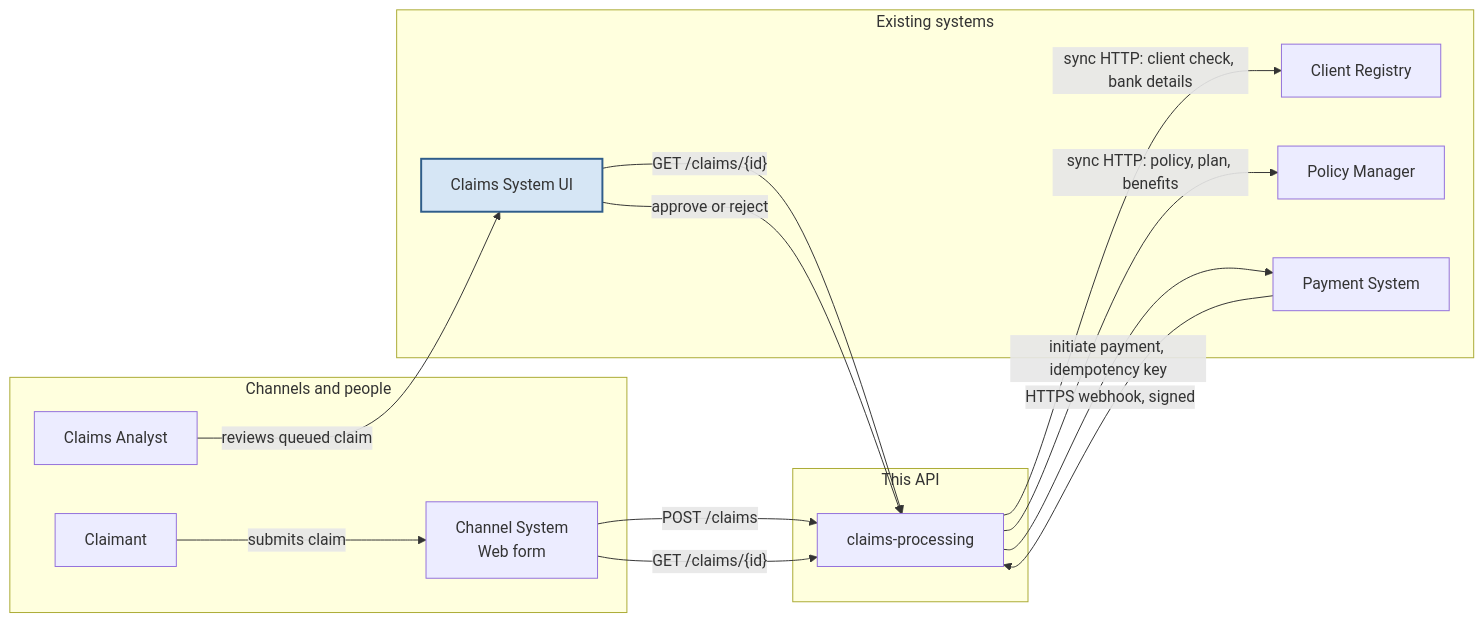
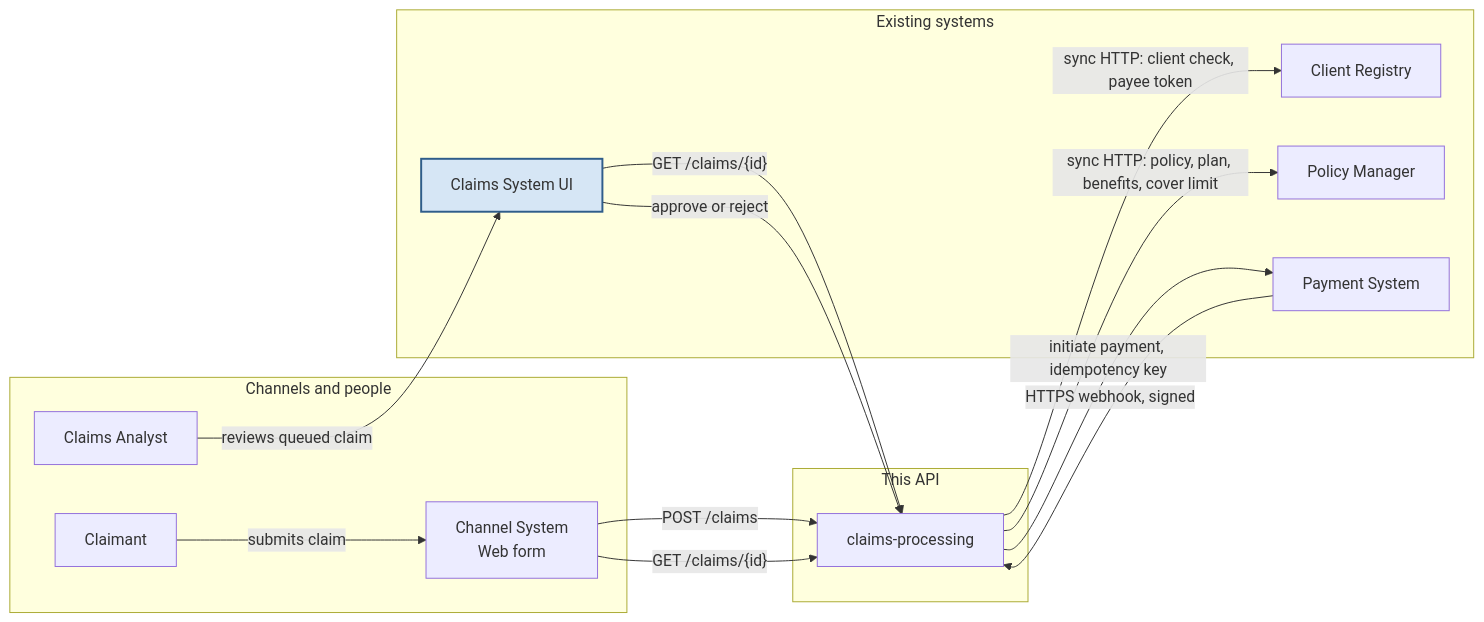
One commit to srf0407/claims-case-study changed the diagram in claims-processing/docs/diagrams/context.md. Above: the diagram before and after it, drawn with Mermaid. The commit also changed other lines of this file and 6 other files, not shown here.

First line of the commit message:
docs: label the running sample and the ideal claims flow

````diff
--- a/claims-processing/docs/diagrams/context.md
+++ b/claims-processing/docs/diagrams/context.md
@@ -3,32 +3,32 @@
 ```mermaid
 flowchart LR
   subgraph people["Channels and people"]
     Claimant["Claimant"]
     Analyst["Claims Analyst"]
     Channel["Channel System<br/>Web form"]
   end
 
   subgraph api["This API"]
     Service["claims-processing"]
   end
 
   subgraph existing["Existing systems"]
     UI["Claims System UI"]
     Registry["Client Registry"]
     Policy["Policy Manager"]
     Payment["Payment System"]
   end
 
   Claimant -->|"submits claim"| Channel
   Channel -->|"POST /claims"| Service
   Channel -->|"GET /claims/{id}"| Service
   Analyst -->|"reviews queued claim"| UI
   UI -->|"GET /claims/{id}"| Service
   UI -->|"approve or reject"| Service
-  Service -->|"sync HTTP: client check, bank details"| Registry
-  Service -->|"sync HTTP: policy, plan, benefits"| Policy
+  Service -->|"sync HTTP: client check, payee token"| Registry
+  Service -->|"sync HTTP: policy, plan, benefits, cover limit"| Policy
   Service -->|"initiate payment, idempotency key"| Payment
   Payment -->|"HTTPS webhook, signed"| Service
 
   style UI fill:#d6e6f5,stroke:#2f5d8a,stroke-width:2px
 ```
````
